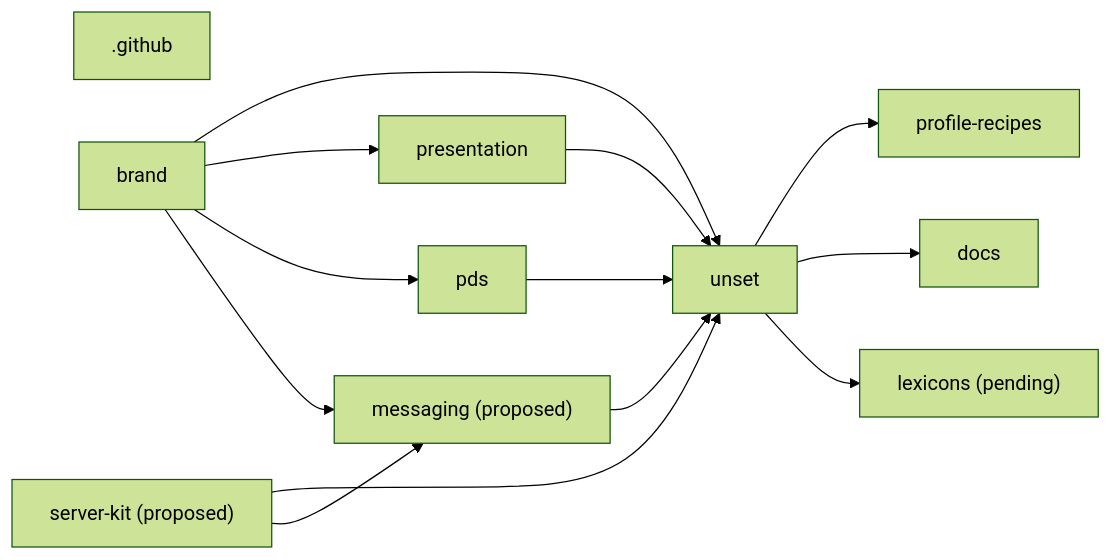
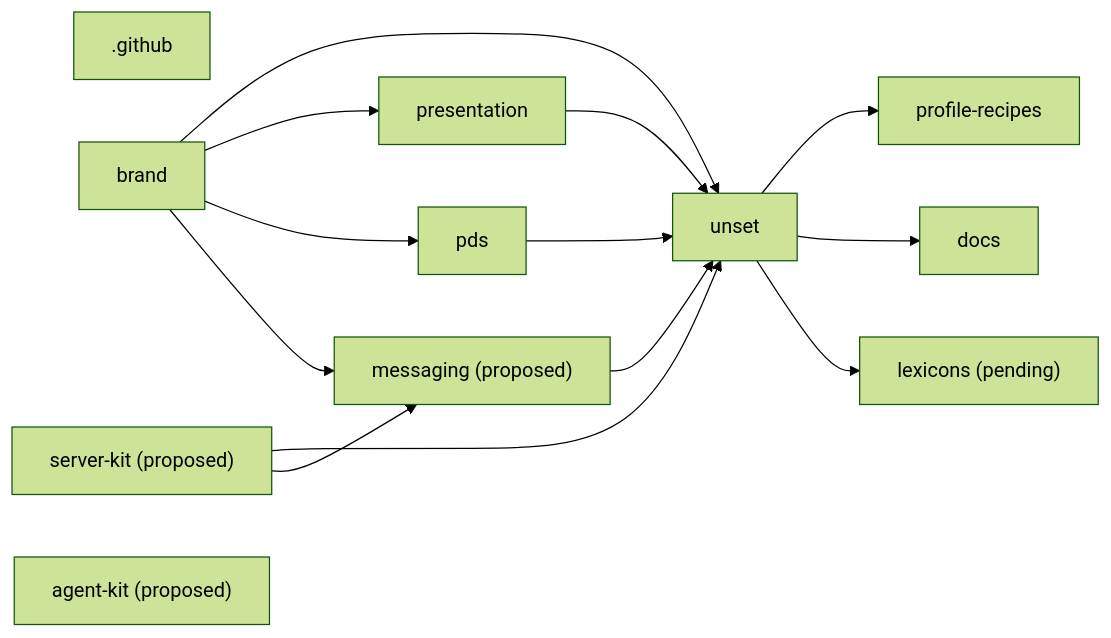
Before and after one commit to unset-sh/.github: the diagram in MAP.md, drawn with Mermaid (forest theme). The commit also changed other lines of this file and 1 other file, not shown here.

First line of the commit message:
List the proposed shared assistant rules repository

````diff
--- a/MAP.md
+++ b/MAP.md
@@ -30,25 +31,26 @@
 ```mermaid
 flowchart LR
   r_unset["unset"]
   r__github[".github"]
   r_brand["brand"]
   r_presentation["presentation"]
   r_profile_recipes["profile-recipes"]
   r_docs["docs"]
   r_pds["pds"]
   r_lexicons["lexicons (pending)"]
   r_messaging["messaging (proposed)"]
   r_server_kit["server-kit (proposed)"]
+  r_agent_kit["agent-kit (proposed)"]
   r_brand --> r_unset
   r_presentation --> r_unset
   r_messaging --> r_unset
   r_server_kit --> r_unset
   r_pds --> r_unset
   r_brand --> r_presentation
   r_unset --> r_profile_recipes
   r_unset --> r_docs
   r_brand --> r_pds
   r_unset --> r_lexicons
   r_brand --> r_messaging
   r_server_kit --> r_messaging
 ```
````
